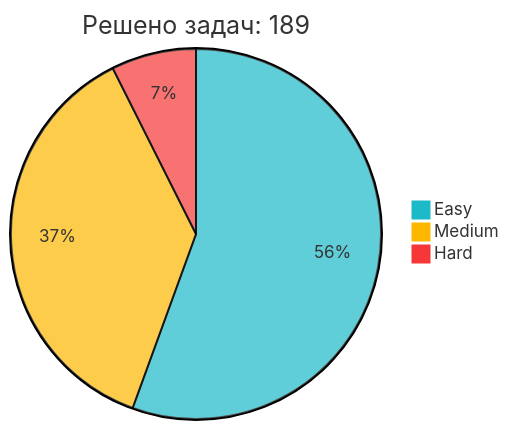
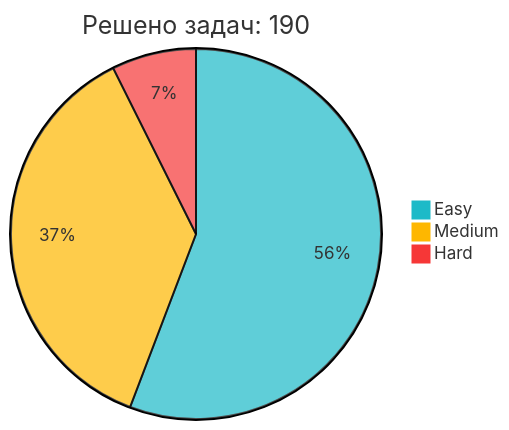
Before and after one commit to IliaKurdukov/IliaKurdukov: the diagram in README.md, drawn with Mermaid. The commit also changed other lines of this file, not shown here.

Commit message:
📈 Обновление статистики LeetCode

````diff
--- a/README.md
+++ b/README.md
@@ -51,7 +51,7 @@
 ```mermaid
 %%{init: {'theme': 'base', 'themeVariables': { 'pie1': '#1CBAC8', 'pie2': '#FEB700', 'pie3': '#F63737' }, 'config': {'width': 300, 'height': 200}}}%%
-pie title Решено задач: 189
-   "Easy" : 105
+pie title Решено задач: 190
+   "Easy" : 106
    "Medium" : 70
    "Hard" : 14
 ```
````
